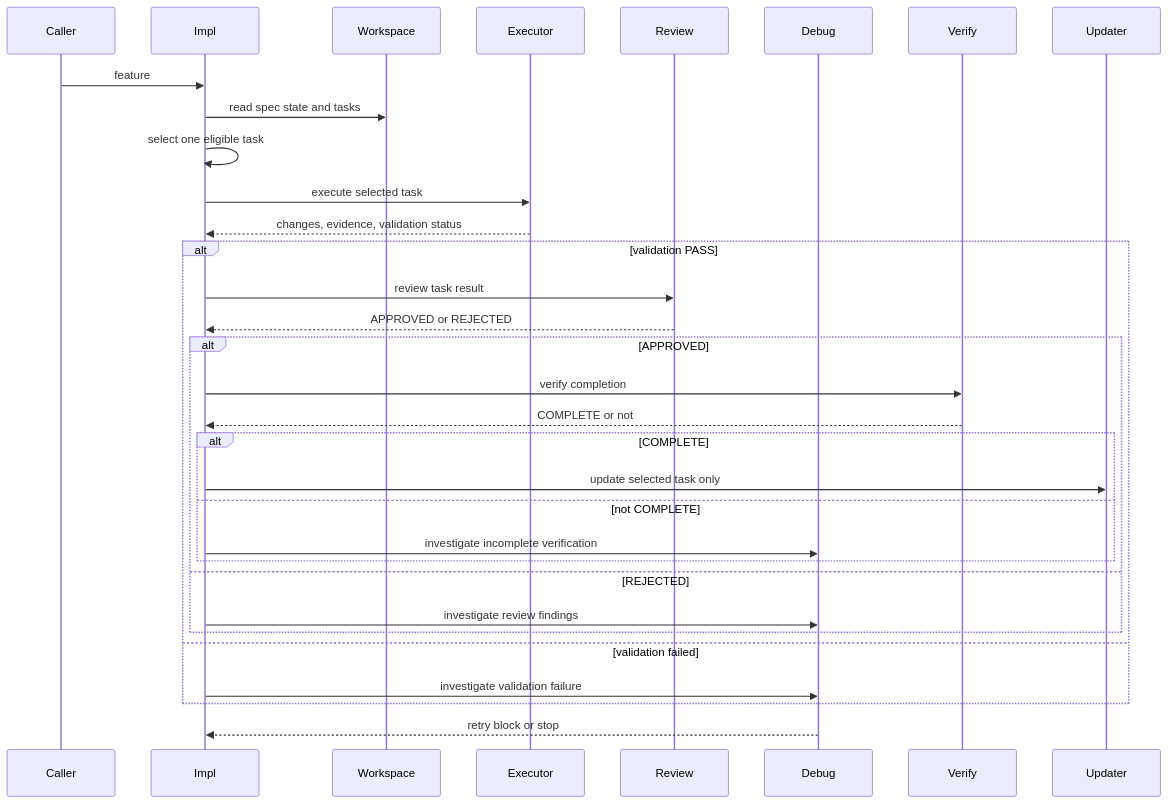
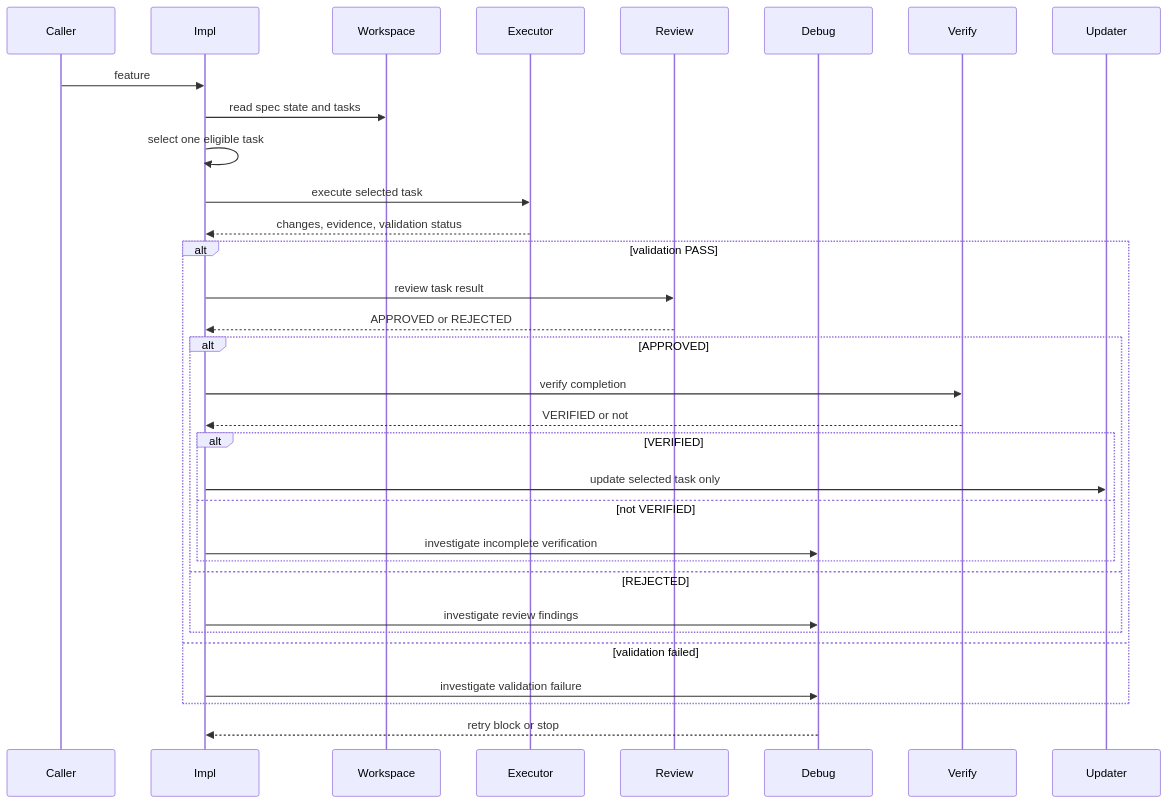
The second of 3 diagrams in .kiro/specs/kiro-iterative-implementation-workflow/design.md (j5ik2o/takt-sdd), drawn with Mermaid before and after one commit. The commit also changed other lines of this file, not shown here.

````diff
--- a/.kiro/specs/kiro-iterative-implementation-workflow/design.md
+++ b/.kiro/specs/kiro-iterative-implementation-workflow/design.md
@@ -202,34 +202,34 @@
 ```mermaid
 sequenceDiagram
     participant Caller
     participant Impl
     participant Workspace
     participant Executor
     participant Review
     participant Debug
     participant Verify
     participant Updater
     Caller->>Impl: feature
     Impl->>Workspace: read spec state and tasks
     Impl->>Impl: select one eligible task
     Impl->>Executor: execute selected task
     Executor-->>Impl: changes, evidence, validation status
     alt validation PASS
         Impl->>Review: review task result
         Review-->>Impl: APPROVED or REJECTED
         alt APPROVED
             Impl->>Verify: verify completion
-            Verify-->>Impl: COMPLETE or not
-            alt COMPLETE
+            Verify-->>Impl: VERIFIED or not
+            alt VERIFIED
                 Impl->>Updater: update selected task only
-            else not COMPLETE
+            else not VERIFIED
                 Impl->>Debug: investigate incomplete verification
             end
         else REJECTED
             Impl->>Debug: investigate review findings
         end
     else validation failed
         Impl->>Debug: investigate validation failure
     end
     Debug-->>Impl: retry block or stop
 ```
````
